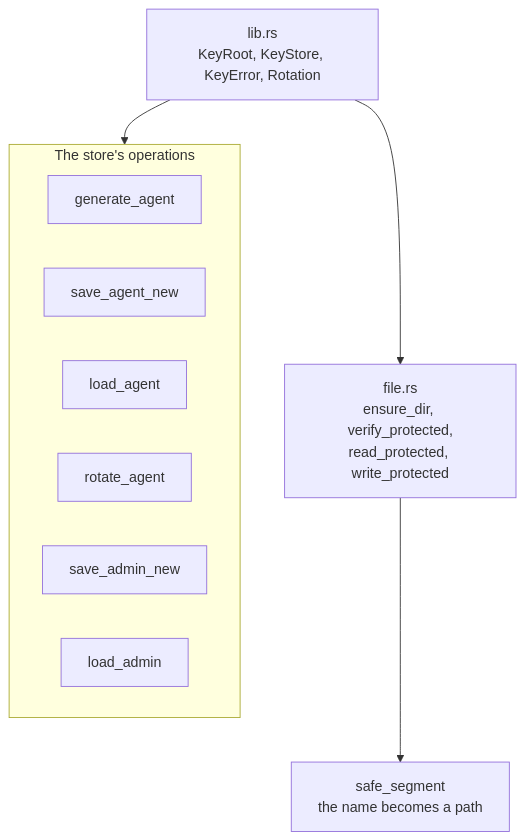
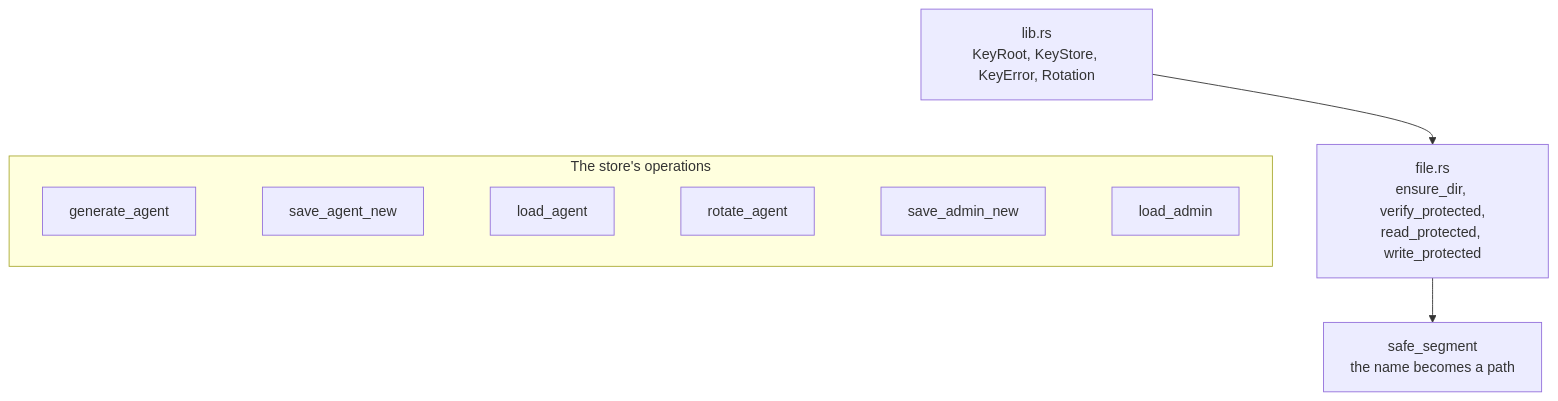
The first of 6 diagrams in site/docs/components/ksp-key-lifecycle.md (bruj0/keyspout), drawn with Mermaid before and after one commit. The commit also changed 22 other files, not shown here.

First line of the commit message:
feat(site): zoom every diagram, and make the wide ones vertical (#21)

````diff
--- a/site/docs/components/ksp-key-lifecycle.md
+++ b/site/docs/components/ksp-key-lifecycle.md
@@ -30,18 +30,24 @@
 ```mermaid
 graph TB
   LIB["lib.rs<br/>KeyRoot, KeyStore, KeyError, Rotation"]
   FILE["file.rs<br/>ensure_dir, verify_protected,<br/>read_protected, write_protected"]
 
   subgraph Ops["The store's operations"]
     GEN["generate_agent"]
     SAVE["save_agent_new"]
     LOAD["load_agent"]
     ROT["rotate_agent"]
     SAVEADM["save_admin_new"]
     LOADADM["load_admin"]
   end
 
   LIB --> FILE
-  LIB --> Ops
+  LIB ~~~ Ops
   FILE --> SAFE["safe_segment<br/>the name becomes a path"]
+
+  GEN ~~~ SAVE
+  SAVE ~~~ LOAD
+  LOAD ~~~ ROT
+  ROT ~~~ SAVEADM
+  SAVEADM ~~~ LOADADM
 ```
````
